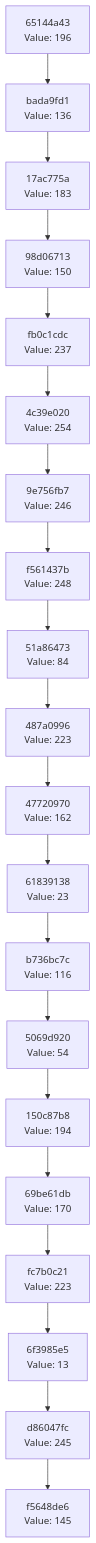
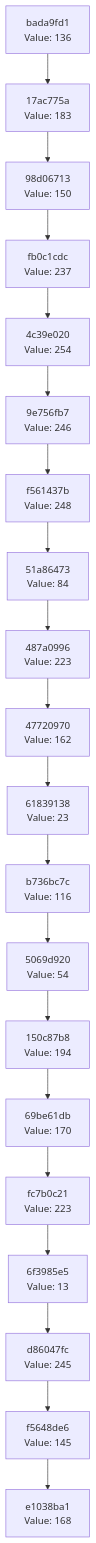
Before and after one commit to Abhisheksinha1506/hash-chain-evolver: the diagram in docs/CHAIN_VISUALIZATION.md, drawn with Mermaid. The commit also changed 3 other files, not shown here.

````diff
--- a/docs/CHAIN_VISUALIZATION.md
+++ b/docs/CHAIN_VISUALIZATION.md
@@ -3,42 +3,42 @@
 ```mermaid
 graph TD
-    C0["f5648de6<br/>Value: 145"]
-    C1["d86047fc<br/>Value: 245"]
+    C0["e1038ba1<br/>Value: 168"]
+    C1["f5648de6<br/>Value: 145"]
     C1 --> C0
-    C2["6f3985e5<br/>Value: 13"]
+    C2["d86047fc<br/>Value: 245"]
     C2 --> C1
-    C3["fc7b0c21<br/>Value: 223"]
+    C3["6f3985e5<br/>Value: 13"]
     C3 --> C2
-    C4["69be61db<br/>Value: 170"]
+    C4["fc7b0c21<br/>Value: 223"]
     C4 --> C3
-    C5["150c87b8<br/>Value: 194"]
+    C5["69be61db<br/>Value: 170"]
     C5 --> C4
-    C6["5069d920<br/>Value: 54"]
+    C6["150c87b8<br/>Value: 194"]
     C6 --> C5
-    C7["b736bc7c<br/>Value: 116"]
+    C7["5069d920<br/>Value: 54"]
     C7 --> C6
-    C8["61839138<br/>Value: 23"]
+    C8["b736bc7c<br/>Value: 116"]
     C8 --> C7
-    C9["47720970<br/>Value: 162"]
+    C9["61839138<br/>Value: 23"]
     C9 --> C8
-    C10["487a0996<br/>Value: 223"]
+    C10["47720970<br/>Value: 162"]
     C10 --> C9
-    C11["51a86473<br/>Value: 84"]
+    C11["487a0996<br/>Value: 223"]
     C11 --> C10
-    C12["f561437b<br/>Value: 248"]
+    C12["51a86473<br/>Value: 84"]
     C12 --> C11
-    C13["9e756fb7<br/>Value: 246"]
+    C13["f561437b<br/>Value: 248"]
     C13 --> C12
-    C14["4c39e020<br/>Value: 254"]
+    C14["9e756fb7<br/>Value: 246"]
     C14 --> C13
-    C15["fb0c1cdc<br/>Value: 237"]
+    C15["4c39e020<br/>Value: 254"]
     C15 --> C14
-    C16["98d06713<br/>Value: 150"]
+    C16["fb0c1cdc<br/>Value: 237"]
     C16 --> C15
-    C17["17ac775a<br/>Value: 183"]
+    C17["98d06713<br/>Value: 150"]
     C17 --> C16
-    C18["bada9fd1<br/>Value: 136"]
+    C18["17ac775a<br/>Value: 183"]
     C18 --> C17
-    C19["65144a43<br/>Value: 196"]
+    C19["bada9fd1<br/>Value: 136"]
     C19 --> C18
 ```
````
